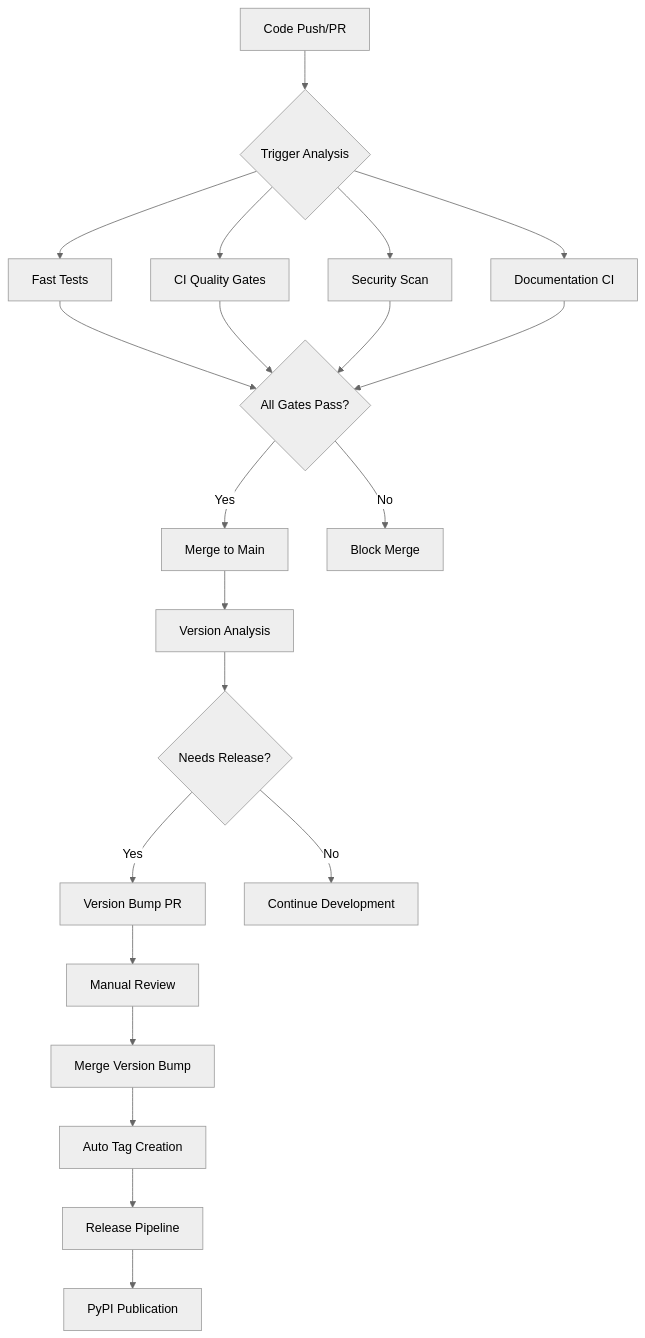
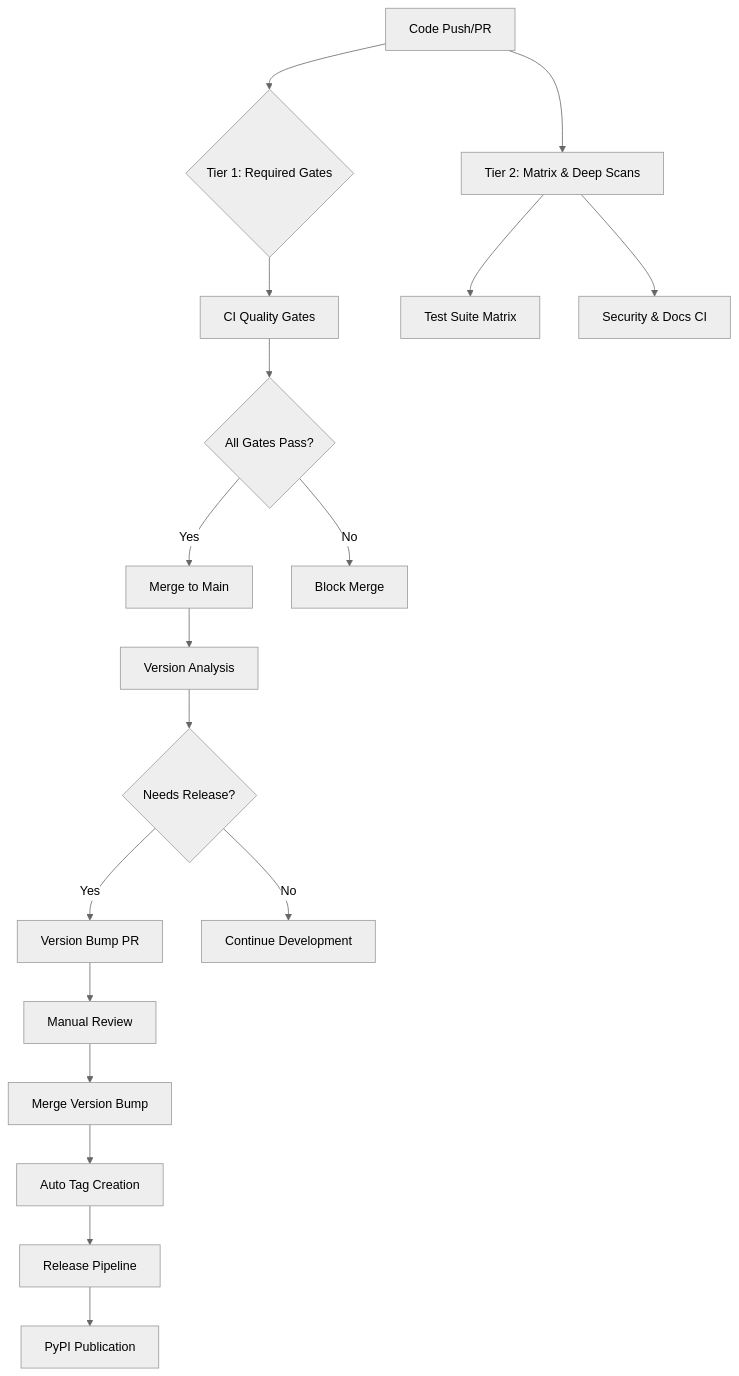
Before and after one commit to trsdn/markitdown-mcp: the first of 3 diagrams in docs/development/CI_CD_SYSTEM.md, drawn with Mermaid (neutral theme). The commit also changed other lines of this file and 4 other files, not shown here.

````diff
--- a/docs/development/CI_CD_SYSTEM.md
+++ b/docs/development/CI_CD_SYSTEM.md
@@ -28,27 +28,25 @@
 ```mermaid
 graph TB
-    A[Code Push/PR] --> B{Trigger Analysis}
-    B --> C[Fast Tests]
-    B --> D[CI Quality Gates]
-    B --> E[Security Scan]
-    B --> F[Documentation CI]
+    A[Code Push/PR] --> B{Tier 1: Required Gates}
+    B --> C[CI Quality Gates]
 
     C --> G{All Gates Pass?}
-    D --> G
-    E --> G
-    F --> G
 
     G -->|Yes| H[Merge to Main]
     G -->|No| I[Block Merge]
+
+    A --> D[Tier 2: Matrix & Deep Scans]
+    D --> E[Test Suite Matrix]
+    D --> F[Security & Docs CI]
 
     H --> J[Version Analysis]
     J --> K{Needs Release?}
     K -->|Yes| L[Version Bump PR]
     K -->|No| M[Continue Development]
 
     L --> N[Manual Review]
     N --> O[Merge Version Bump]
     O --> P[Auto Tag Creation]
     P --> Q[Release Pipeline]
     Q --> R[PyPI Publication]
 ```
````
